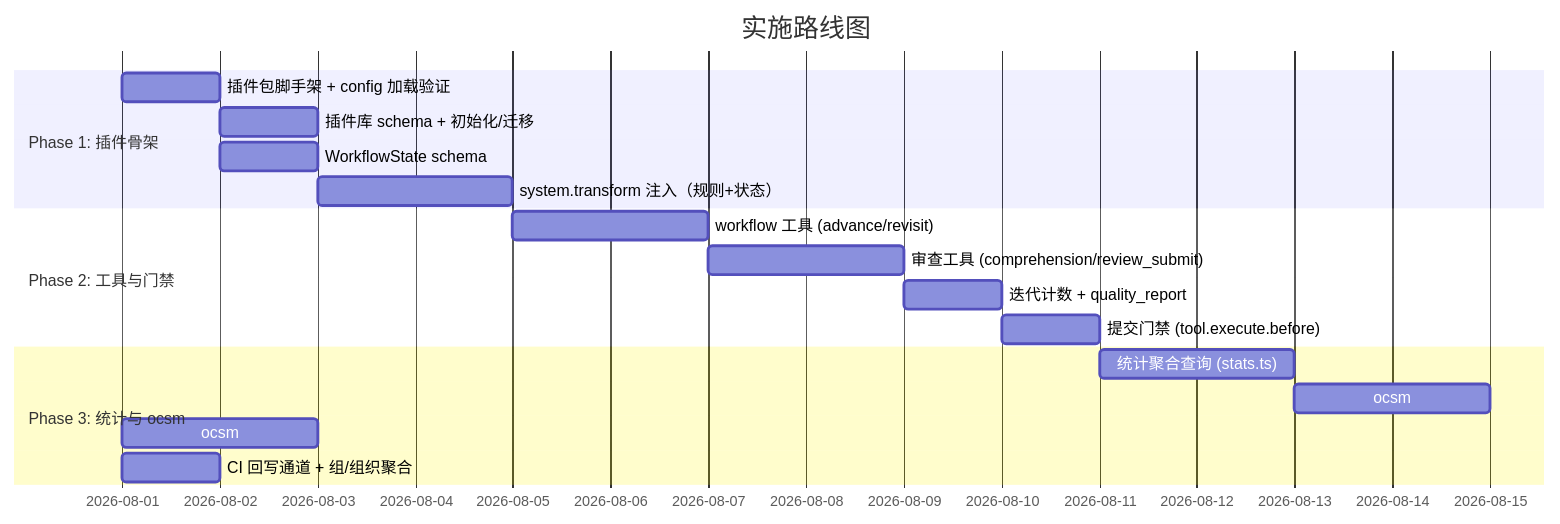
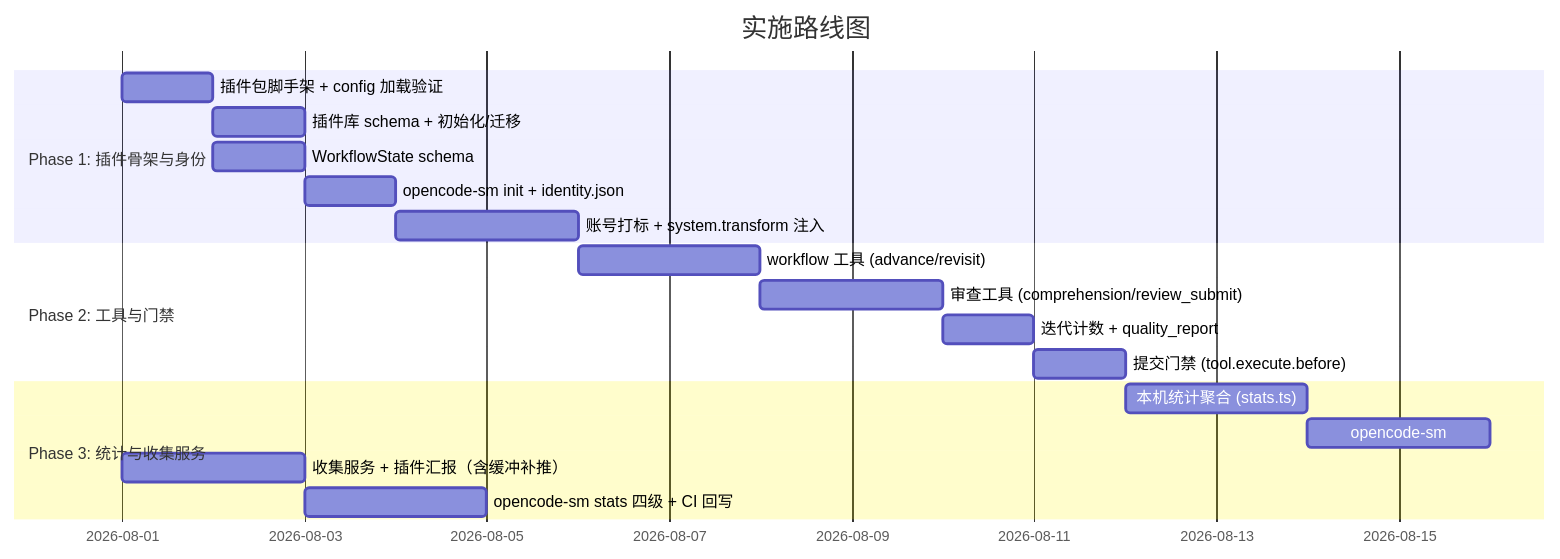
One commit to wonglaitung/opencode changed diagram 14 of 14 in specs/customize/session-management.md. Above: the diagram before and after it, drawn with Mermaid. The commit also changed other lines of this file, not shown here.

First line of the commit message:
docs(session-management): 改名 opencode-sm，改为自助 init + org 级收集汇聚模型

````diff
--- a/specs/customize/session-management.md
+++ b/specs/customize/session-management.md
@@ -1159,23 +1200,24 @@
 ```mermaid
 gantt
     title 实施路线图
     dateFormat YYYY-MM-DD
 
-    section Phase 1: 插件骨架
+    section Phase 1: 插件骨架与身份
     插件包脚手架 + config 加载验证      :p1a, 2026-08-01, 1d
     插件库 schema + 初始化/迁移          :p1b, after p1a, 1d
     WorkflowState schema                 :p1c, after p1a, 1d
-    system.transform 注入（规则+状态）    :p1d, after p1b, 2d
+    opencode-sm init + identity.json     :p1d, after p1b, 1d
+    账号打标 + system.transform 注入      :p1e, after p1d, 2d
 
     section Phase 2: 工具与门禁
-    workflow 工具 (advance/revisit)       :p2a, after p1d, 2d
+    workflow 工具 (advance/revisit)       :p2a, after p1e, 2d
     审查工具 (comprehension/review_submit) :p2b, after p2a, 2d
     迭代计数 + quality_report             :p2c, after p2b, 1d
     提交门禁 (tool.execute.before)        :p2d, after p2c, 1d
 
-    section Phase 3: 统计与 ocsm
-    统计聚合查询 (stats.ts)               :p3a, after p2d, 2d
-    ocsm: tag/workflow/list               :p3b, after p3a, 2d
-    ocsm: stats（四级 + 质量维度）          :p3c, after p3b, 2d
-    CI 回写通道 + 组/组织聚合              :p3d, after p3c, 1d
+    section Phase 3: 统计与收集服务
+    本机统计聚合 (stats.ts)               :p3a, after p2d, 2d
+    opencode-sm: tag/workflow/list        :p3b, after p3a, 2d
+    收集服务 + 插件汇报（含缓冲补推）        :p3c, after p3b, 2d
+    opencode-sm stats 四级 + CI 回写       :p3d, after p3c, 2d
 ```
````
